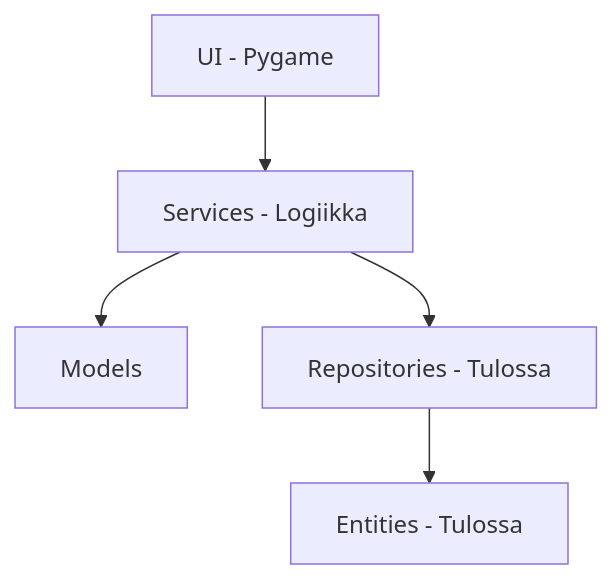
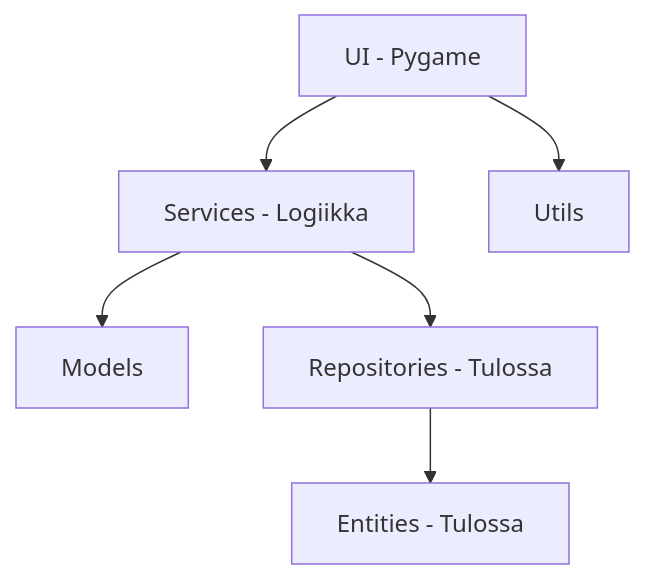
Before and after one commit to Tapir79/ot-harjoitustyo: the first of 8 diagrams in dokumentaatio/arkkitehtuuri.md, drawn with Mermaid. The commit also changed other lines of this file, not shown here.

Commit message:
Update architecture documentation

````diff
--- a/dokumentaatio/arkkitehtuuri.md
+++ b/dokumentaatio/arkkitehtuuri.md
@@ -7,8 +7,9 @@
 ```mermaid
 graph TD
     UI[UI - Pygame] --> Services
+    UI[UI - Pygame] --> Utils
     Services[Services - Logiikka] --> Models
     Services --> Repositories[Repositories - Tulossa]
     Repositories --> Entities[Entities - Tulossa]
 
 ```
````
